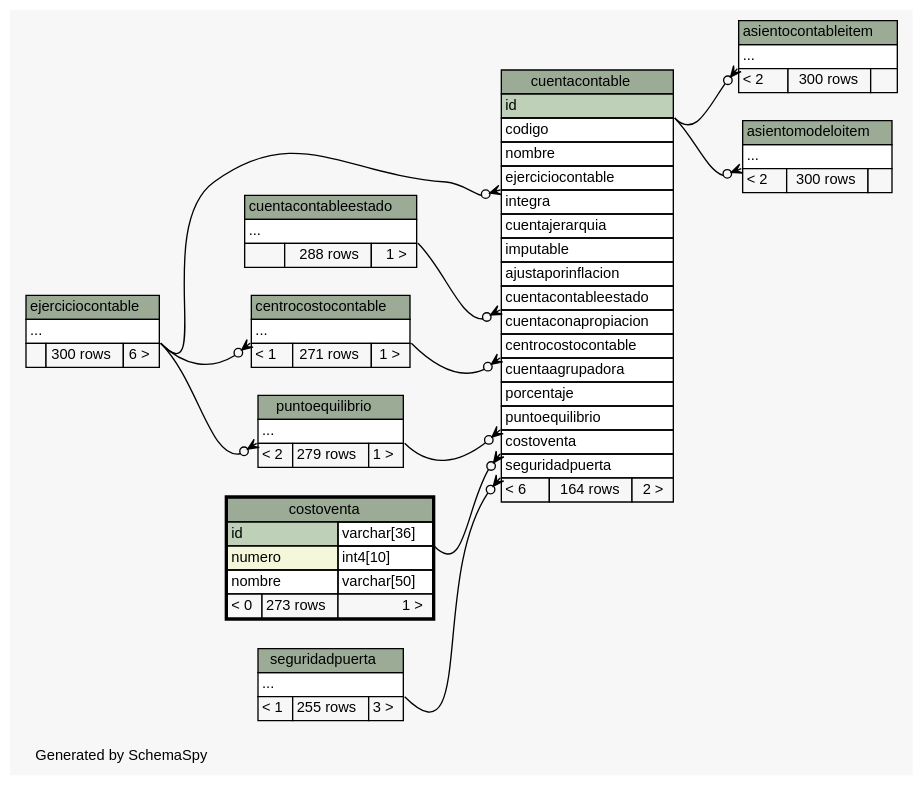
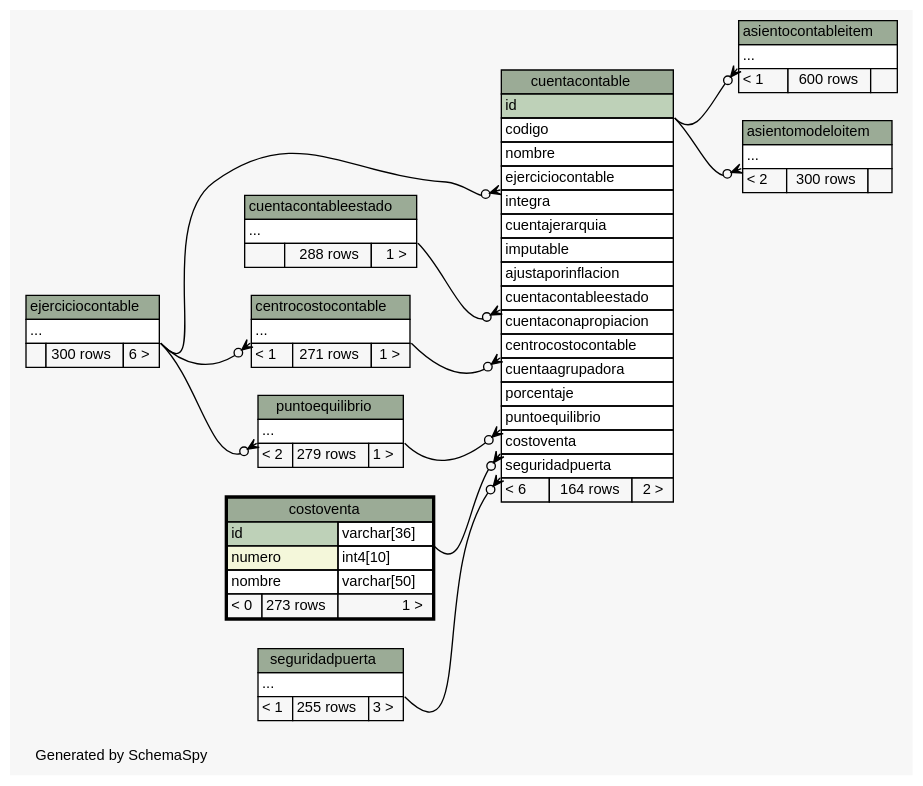
Before and after one commit to diegopablomansilla/massoftware_front: the diagram in postgresql/schemaSpy/salida/diagrams/costoventa.2degrees.dot, drawn with Graphviz. The commit also changed 333 other files, not shown here.

```diff
--- a/postgresql/schemaSpy/salida/diagrams/costoventa.2degrees.dot
+++ b/postgresql/schemaSpy/salida/diagrams/costoventa.2degrees.dot
@@ -1,139 +1,139 @@
 // dot 2.2.1 on Windows 10 10.0
 // SchemaSpy rev 590
 digraph "twoDegreesRelationshipsDiagram" {
   graph [
     rankdir="RL"
     bgcolor="#f7f7f7"
     label="\nGenerated by SchemaSpy"
     labeljust="l"
     nodesep="0.18"
     ranksep="0.46"
     fontname="Helvetica"
     fontsize="11"
   ];
   node [
     fontname="Helvetica"
     fontsize="11"
     shape="plaintext"
   ];
   edge [
     arrowsize="0.8"
   ];
   "asientocontableitem":"elipses":sw -> "cuentacontable":"id":se [arrowhead=none dir=back arrowtail=crowodot];
   "asientomodeloitem":"elipses":sw -> "cuentacontable":"id":se [arrowhead=none dir=back arrowtail=crowodot];
   "centrocostocontable":"elipses":sw -> "ejerciciocontable":"elipses":se [arrowhead=none dir=back arrowtail=crowodot];
   "cuentacontable":"centrocostocontable":sw -> "centrocostocontable":"elipses":se [arrowhead=none dir=back arrowtail=crowodot];
   "cuentacontable":"costoventa":sw -> "costoventa":"id.type":se [arrowhead=none dir=back arrowtail=crowodot];
   "cuentacontable":"cuentacontableestado":sw -> "cuentacontableestado":"elipses":se [arrowhead=none dir=back arrowtail=crowodot];
   "cuentacontable":"ejerciciocontable":sw -> "ejerciciocontable":"elipses":se [arrowhead=none dir=back arrowtail=crowodot];
   "cuentacontable":"puntoequilibrio":sw -> "puntoequilibrio":"elipses":se [arrowhead=none dir=back arrowtail=crowodot];
   "cuentacontable":"seguridadpuerta":sw -> "seguridadpuerta":"elipses":se [arrowhead=none dir=back arrowtail=crowodot];
   "puntoequilibrio":"elipses":sw -> "ejerciciocontable":"elipses":se [arrowhead=none dir=back arrowtail=crowodot];
   "asientocontableitem" [
     label=<
     <TABLE BORDER="0" CELLBORDER="1" CELLSPACING="0" BGCOLOR="#ffffff">
       <TR><TD COLSPAN="3" BGCOLOR="#9bab96" ALIGN="CENTER">asientocontableitem</TD></TR>
       <TR><TD PORT="elipses" COLSPAN="3" ALIGN="LEFT">...</TD></TR>
-      <TR><TD ALIGN="LEFT" BGCOLOR="#f7f7f7">&lt; 2</TD><TD ALIGN="RIGHT" BGCOLOR="#f7f7f7">300 rows</TD><TD ALIGN="RIGHT" BGCOLOR="#f7f7f7">  </TD></TR>
+      <TR><TD ALIGN="LEFT" BGCOLOR="#f7f7f7">&lt; 1</TD><TD ALIGN="RIGHT" BGCOLOR="#f7f7f7">600 rows</TD><TD ALIGN="RIGHT" BGCOLOR="#f7f7f7">  </TD></TR>
     </TABLE>>
     URL="asientocontableitem.html"
     tooltip="asientocontableitem"
   ];
   "asientomodeloitem" [
     label=<
     <TABLE BORDER="0" CELLBORDER="1" CELLSPACING="0" BGCOLOR="#ffffff">
       <TR><TD COLSPAN="3" BGCOLOR="#9bab96" ALIGN="CENTER">asientomodeloitem</TD></TR>
       <TR><TD PORT="elipses" COLSPAN="3" ALIGN="LEFT">...</TD></TR>
       <TR><TD ALIGN="LEFT" BGCOLOR="#f7f7f7">&lt; 2</TD><TD ALIGN="RIGHT" BGCOLOR="#f7f7f7">300 rows</TD><TD ALIGN="RIGHT" BGCOLOR="#f7f7f7">  </TD></TR>
     </TABLE>>
     URL="asientomodeloitem.html"
     tooltip="asientomodeloitem"
   ];
   "centrocostocontable" [
     label=<
     <TABLE BORDER="0" CELLBORDER="1" CELLSPACING="0" BGCOLOR="#ffffff">
       <TR><TD COLSPAN="3" BGCOLOR="#9bab96" ALIGN="CENTER">centrocostocontable</TD></TR>
       <TR><TD PORT="elipses" COLSPAN="3" ALIGN="LEFT">...</TD></TR>
       <TR><TD ALIGN="LEFT" BGCOLOR="#f7f7f7">&lt; 1</TD><TD ALIGN="RIGHT" BGCOLOR="#f7f7f7">271 rows</TD><TD ALIGN="RIGHT" BGCOLOR="#f7f7f7">1 &gt;</TD></TR>
     </TABLE>>
     URL="centrocostocontable.html"
     tooltip="centrocostocontable"
   ];
   "costoventa" [
     label=<
     <TABLE BORDER="2" CELLBORDER="1" CELLSPACING="0" BGCOLOR="#ffffff">
       <TR><TD COLSPAN="3" BGCOLOR="#9bab96" ALIGN="CENTER">costoventa</TD></TR>
       <TR><TD PORT="id" COLSPAN="2" BGCOLOR="#bed1b8" ALIGN="LEFT">id</TD><TD PORT="id.type" ALIGN="LEFT">varchar[36]</TD></TR>
       <TR><TD PORT="numero" COLSPAN="2" BGCOLOR="#f4f7da" ALIGN="LEFT">numero</TD><TD PORT="numero.type" ALIGN="LEFT">int4[10]</TD></TR>
       <TR><TD PORT="nombre" COLSPAN="2" ALIGN="LEFT">nombre</TD><TD PORT="nombre.type" ALIGN="LEFT">varchar[50]</TD></TR>
       <TR><TD ALIGN="LEFT" BGCOLOR="#f7f7f7">&lt; 0</TD><TD ALIGN="RIGHT" BGCOLOR="#f7f7f7">273 rows</TD><TD ALIGN="RIGHT" BGCOLOR="#f7f7f7">1 &gt;</TD></TR>
     </TABLE>>
     URL="costoventa.html"
     tooltip="costoventa"
   ];
   "cuentacontable" [
     label=<
     <TABLE BORDER="0" CELLBORDER="1" CELLSPACING="0" BGCOLOR="#ffffff">
       <TR><TD COLSPAN="3" BGCOLOR="#9bab96" ALIGN="CENTER">cuentacontable</TD></TR>
       <TR><TD PORT="id" COLSPAN="3" BGCOLOR="#bed1b8" ALIGN="LEFT">id</TD></TR>
       <TR><TD PORT="codigo" COLSPAN="3" ALIGN="LEFT">codigo</TD></TR>
       <TR><TD PORT="nombre" COLSPAN="3" ALIGN="LEFT">nombre</TD></TR>
       <TR><TD PORT="ejerciciocontable" COLSPAN="3" ALIGN="LEFT">ejerciciocontable</TD></TR>
       <TR><TD PORT="integra" COLSPAN="3" ALIGN="LEFT">integra</TD></TR>
       <TR><TD PORT="cuentajerarquia" COLSPAN="3" ALIGN="LEFT">cuentajerarquia</TD></TR>
       <TR><TD PORT="imputable" COLSPAN="3" ALIGN="LEFT">imputable</TD></TR>
       <TR><TD PORT="ajustaporinflacion" COLSPAN="3" ALIGN="LEFT">ajustaporinflacion</TD></TR>
       <TR><TD PORT="cuentacontableestado" COLSPAN="3" ALIGN="LEFT">cuentacontableestado</TD></TR>
       <TR><TD PORT="cuentaconapropiacion" COLSPAN="3" ALIGN="LEFT">cuentaconapropiacion</TD></TR>
       <TR><TD PORT="centrocostocontable" COLSPAN="3" ALIGN="LEFT">centrocostocontable</TD></TR>
       <TR><TD PORT="cuentaagrupadora" COLSPAN="3" ALIGN="LEFT">cuentaagrupadora</TD></TR>
       <TR><TD PORT="porcentaje" COLSPAN="3" ALIGN="LEFT">porcentaje</TD></TR>
       <TR><TD PORT="puntoequilibrio" COLSPAN="3" ALIGN="LEFT">puntoequilibrio</TD></TR>
       <TR><TD PORT="costoventa" COLSPAN="3" ALIGN="LEFT">costoventa</TD></TR>
       <TR><TD PORT="seguridadpuerta" COLSPAN="3" ALIGN="LEFT">seguridadpuerta</TD></TR>
       <TR><TD ALIGN="LEFT" BGCOLOR="#f7f7f7">&lt; 6</TD><TD ALIGN="RIGHT" BGCOLOR="#f7f7f7">164 rows</TD><TD ALIGN="RIGHT" BGCOLOR="#f7f7f7">2 &gt;</TD></TR>
     </TABLE>>
     URL="cuentacontable.html"
     tooltip="cuentacontable"
   ];
   "cuentacontableestado" [
     label=<
     <TABLE BORDER="0" CELLBORDER="1" CELLSPACING="0" BGCOLOR="#ffffff">
       <TR><TD COLSPAN="3" BGCOLOR="#9bab96" ALIGN="CENTER">cuentacontableestado</TD></TR>
       <TR><TD PORT="elipses" COLSPAN="3" ALIGN="LEFT">...</TD></TR>
       <TR><TD ALIGN="LEFT" BGCOLOR="#f7f7f7">  </TD><TD ALIGN="RIGHT" BGCOLOR="#f7f7f7">288 rows</TD><TD ALIGN="RIGHT" BGCOLOR="#f7f7f7">1 &gt;</TD></TR>
     </TABLE>>
     URL="cuentacontableestado.html"
     tooltip="cuentacontableestado"
   ];
   "ejerciciocontable" [
     label=<
     <TABLE BORDER="0" CELLBORDER="1" CELLSPACING="0" BGCOLOR="#ffffff">
       <TR><TD COLSPAN="3" BGCOLOR="#9bab96" ALIGN="CENTER">ejerciciocontable</TD></TR>
       <TR><TD PORT="elipses" COLSPAN="3" ALIGN="LEFT">...</TD></TR>
       <TR><TD ALIGN="LEFT" BGCOLOR="#f7f7f7">  </TD><TD ALIGN="RIGHT" BGCOLOR="#f7f7f7">300 rows</TD><TD ALIGN="RIGHT" BGCOLOR="#f7f7f7">6 &gt;</TD></TR>
     </TABLE>>
     URL="ejerciciocontable.html"
     tooltip="ejerciciocontable"
   ];
   "puntoequilibrio" [
     label=<
     <TABLE BORDER="0" CELLBORDER="1" CELLSPACING="0" BGCOLOR="#ffffff">
       <TR><TD COLSPAN="3" BGCOLOR="#9bab96" ALIGN="CENTER">puntoequilibrio</TD></TR>
       <TR><TD PORT="elipses" COLSPAN="3" ALIGN="LEFT">...</TD></TR>
       <TR><TD ALIGN="LEFT" BGCOLOR="#f7f7f7">&lt; 2</TD><TD ALIGN="RIGHT" BGCOLOR="#f7f7f7">279 rows</TD><TD ALIGN="RIGHT" BGCOLOR="#f7f7f7">1 &gt;</TD></TR>
     </TABLE>>
     URL="puntoequilibrio.html"
     tooltip="puntoequilibrio"
   ];
   "seguridadpuerta" [
     label=<
     <TABLE BORDER="0" CELLBORDER="1" CELLSPACING="0" BGCOLOR="#ffffff">
       <TR><TD COLSPAN="3" BGCOLOR="#9bab96" ALIGN="CENTER">seguridadpuerta</TD></TR>
       <TR><TD PORT="elipses" COLSPAN="3" ALIGN="LEFT">...</TD></TR>
       <TR><TD ALIGN="LEFT" BGCOLOR="#f7f7f7">&lt; 1</TD><TD ALIGN="RIGHT" BGCOLOR="#f7f7f7">255 rows</TD><TD ALIGN="RIGHT" BGCOLOR="#f7f7f7">3 &gt;</TD></TR>
     </TABLE>>
     URL="seguridadpuerta.html"
     tooltip="seguridadpuerta"
   ];
 }
```
